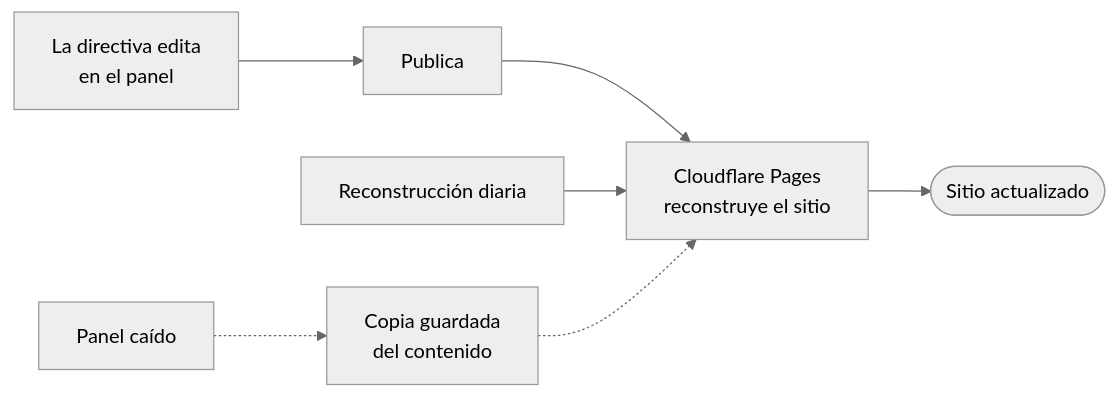
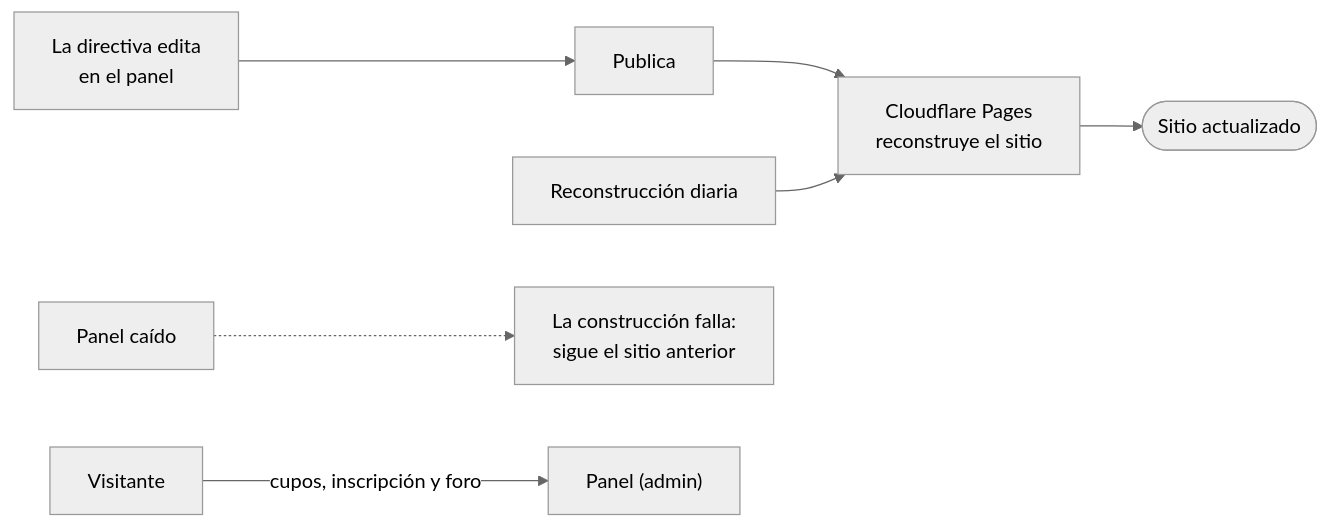
Before and after one commit to aso-computacion-unl/aso-computacion-landing: the diagram in README.md, drawn with Mermaid (neutral theme). The commit also changed other lines of this file and 14 other files, not shown here.

````diff
--- a/README.md
+++ b/README.md
@@ -41,8 +47,9 @@
 ```mermaid
 flowchart LR
     A["La directiva edita<br/>en el panel"] --> B["Publica"]
     B --> C["Cloudflare Pages<br/>reconstruye el sitio"]
     C --> D(["Sitio actualizado"])
     E["Reconstrucción diaria"] --> C
-    F["Panel caído"] -.-> G["Copia guardada<br/>del contenido"] -.-> C
+    F["Panel caído"] -.-> G["La construcción falla:<br/>sigue el sitio anterior"]
+    H["Visitante"] -- "cupos, inscripción y foro" --> I["Panel (admin)"]
 ```
````
